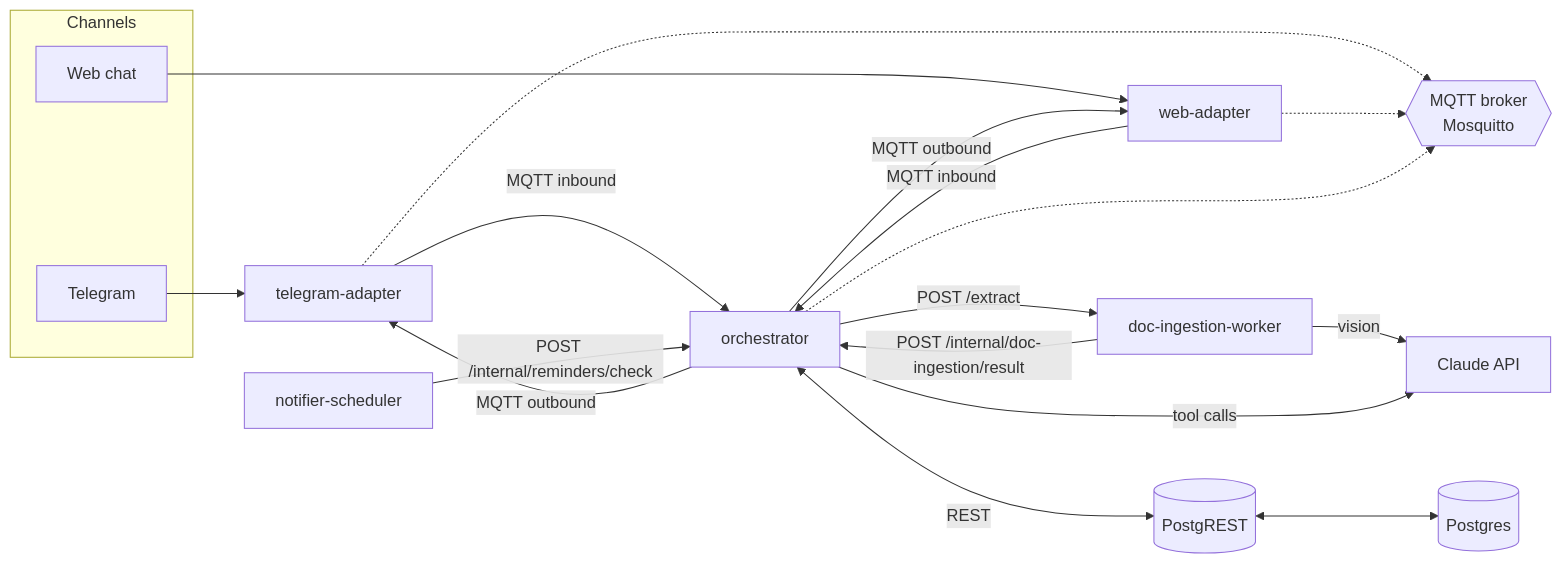
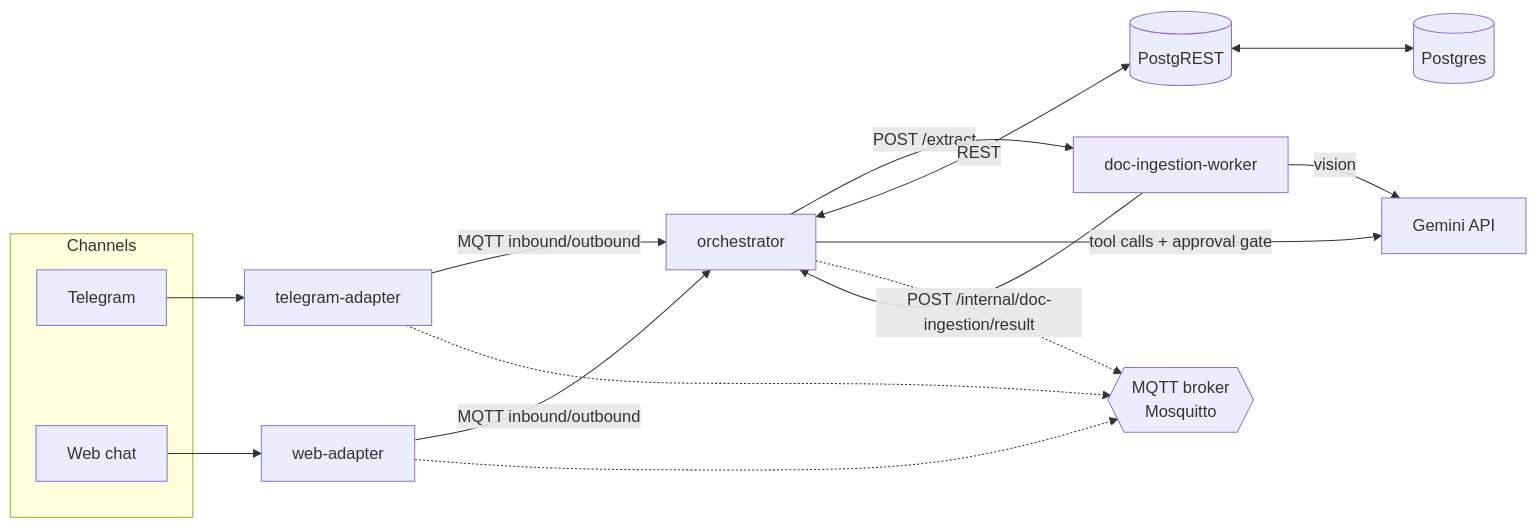
The diagram in README.md (Kike-Ramirez/home-assistant), drawn with Mermaid before and after one commit. The commit also changed other lines of this file and 11 other files, not shown here.

First line of the commit message:
Optimize the Gemini-only orchestrator and refresh docs

````diff
--- a/README.md
+++ b/README.md
@@ -28,30 +27,26 @@
 ```mermaid
 flowchart LR
     subgraph Channels
         TG[Telegram]
         WEB[Web chat]
     end
 
     TG --> TA[telegram-adapter]
     WEB --> WA[web-adapter]
 
-    TA -- MQTT inbound --> ORCH[orchestrator]
-    WA -- MQTT inbound --> ORCH
-    ORCH -- MQTT outbound --> TA
-    ORCH -- MQTT outbound --> WA
+    TA -- MQTT inbound/outbound --> ORCH[orchestrator]
+    WA -- MQTT inbound/outbound --> ORCH
 
     ORCH -- "POST /extract" --> DIW[doc-ingestion-worker]
     DIW -- "POST /internal/doc-ingestion/result" --> ORCH
-    DIW -- vision --> CLAUDE[Claude API]
-
-    SCHED[notifier-scheduler] -- "POST /internal/reminders/check" --> ORCH
+    DIW -- vision --> GEMINI[Gemini API]
 
     ORCH <-- REST --> PGRST[(PostgREST)]
     PGRST <--> PG[(Postgres)]
-    ORCH -- tool calls --> CLAUDE
+    ORCH -- "tool calls + approval gate" --> GEMINI
 
     MQTT{{MQTT broker<br/>Mosquitto}}
     TA -.-> MQTT
     WA -.-> MQTT
     ORCH -.-> MQTT
 ```
````
